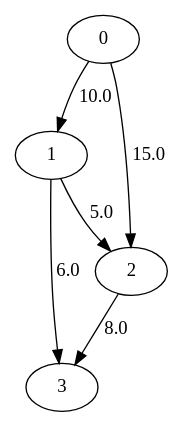
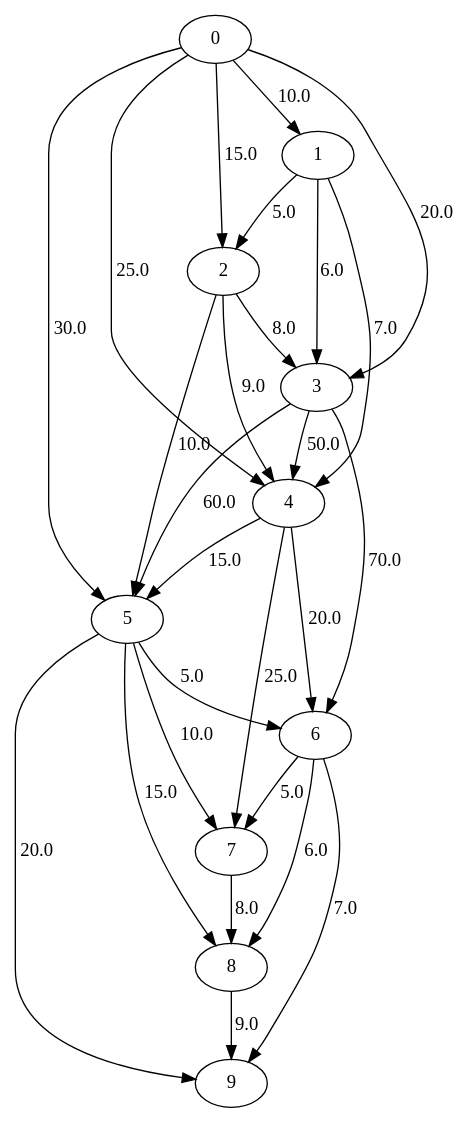
One commit to migueltoro/ada_v2_18 changed the diagram in java/EjemplosPL/ficheros/ruta_tren.gv. Above: the diagram before and after it, drawn with Graphviz. The commit also changed 51 other files, not shown here.

```diff
--- a/java/EjemplosPL/ficheros/ruta_tren.gv
+++ b/java/EjemplosPL/ficheros/ruta_tren.gv
@@ -1,11 +1,38 @@
 strict digraph G {
   1 [ label="0" ];
   2 [ label="1" ];
   3 [ label="2" ];
   4 [ label="3" ];
+  5 [ label="4" ];
+  6 [ label="5" ];
+  7 [ label="6" ];
+  8 [ label="7" ];
+  9 [ label="8" ];
+  10 [ label="9" ];
   1 -> 2 [ label="10.0" ];
   1 -> 3 [ label="15.0" ];
+  1 -> 4 [ label="20.0" ];
+  1 -> 5 [ label="25.0" ];
+  1 -> 6 [ label="30.0" ];
   2 -> 3 [ label="5.0" ];
   2 -> 4 [ label="6.0" ];
+  2 -> 5 [ label="7.0" ];
   3 -> 4 [ label="8.0" ];
+  3 -> 5 [ label="9.0" ];
+  3 -> 6 [ label="10.0" ];
+  4 -> 5 [ label="50.0" ];
+  4 -> 6 [ label="60.0" ];
+  4 -> 7 [ label="70.0" ];
+  5 -> 6 [ label="15.0" ];
+  5 -> 7 [ label="20.0" ];
+  5 -> 8 [ label="25.0" ];
+  6 -> 7 [ label="5.0" ];
+  6 -> 8 [ label="10.0" ];
+  6 -> 9 [ label="15.0" ];
+  6 -> 10 [ label="20.0" ];
+  7 -> 8 [ label="5.0" ];
+  7 -> 9 [ label="6.0" ];
+  7 -> 10 [ label="7.0" ];
+  8 -> 9 [ label="8.0" ];
+  9 -> 10 [ label="9.0" ];
 }
```
